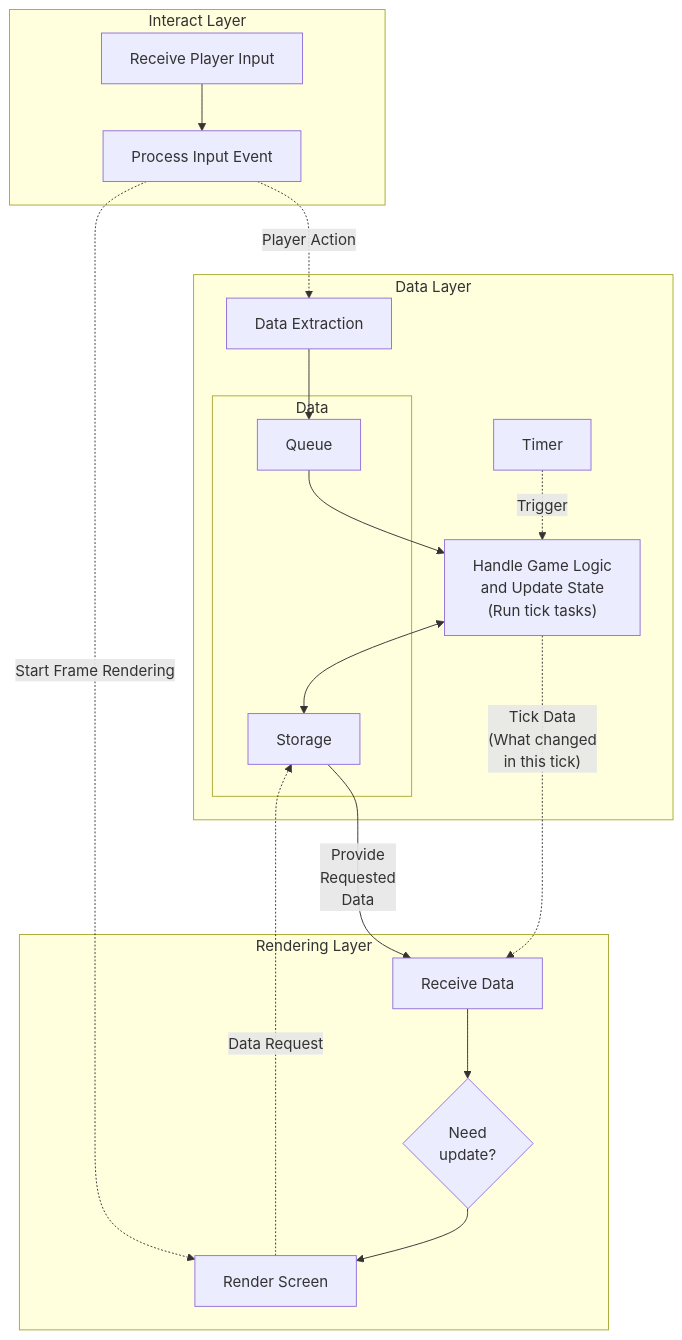
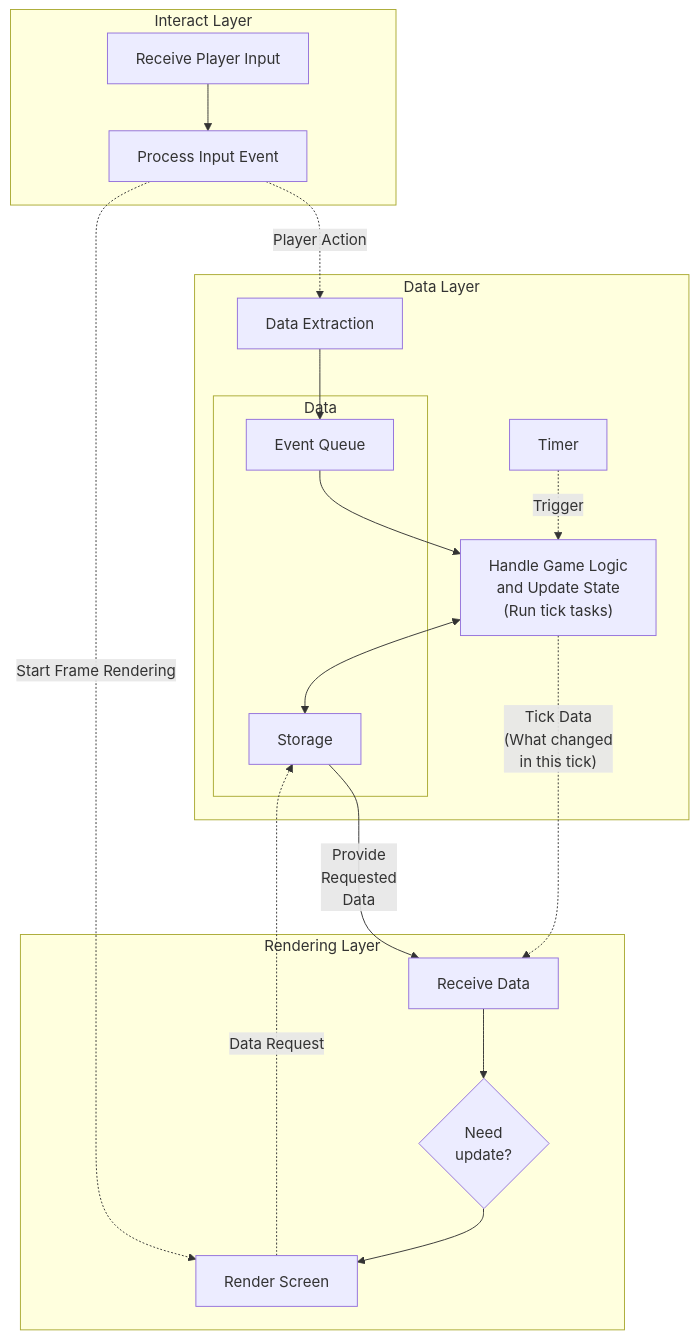
The diagram in docs/Project-Structure.md (Yuba-Technology/Input-Magic), drawn with Mermaid before and after one commit. The commit also changed other lines of this file, not shown here.

Commit message:
Docs(Project-Structure.md): Refactor project structure diagram and the following explaination

````diff
--- a/docs/Project-Structure.md
+++ b/docs/Project-Structure.md
@@ -18,43 +11,43 @@
 ```mermaid
 graph TD
 subgraph Interact Layer
 A[Receive Player Input]
 B[Process Input Event]
 A --> B
 end
 
 subgraph Data Layer
 C["Handle Game Logic
 and Update State
 (Run tick tasks)"]
 subgraph Data
 D[Storage]
-J[Queue]
+J[Event Queue]
 end
 H[Timer]
 I[Data Extraction]
 C <--> D
 H -.->|Trigger| C
 end
 
 subgraph Rendering Layer
 E[Receive Data]
 F{Need
 update?}
 G[Render Screen]
 E --> F
 F --> G
 G -.->|Data Request| D
 D -->|Provide
 Requested
 Data| E
 end
 
 B -.->|Player Action| I
 I --> J
 J --> C
 B -.->|Start Frame Rendering| G
 C -.->|"Tick Data
 (What changed
 in this tick)"| E
 ```
````
